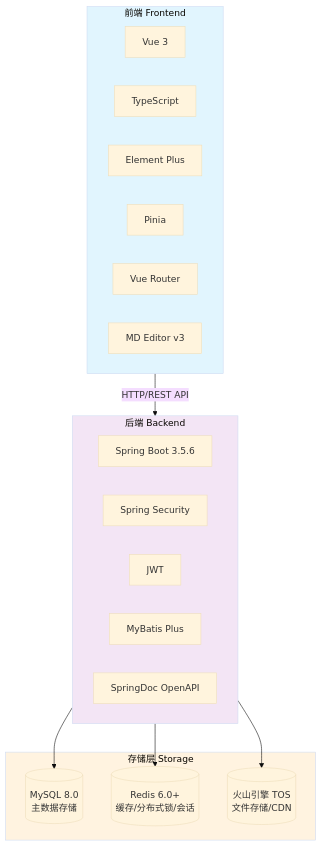
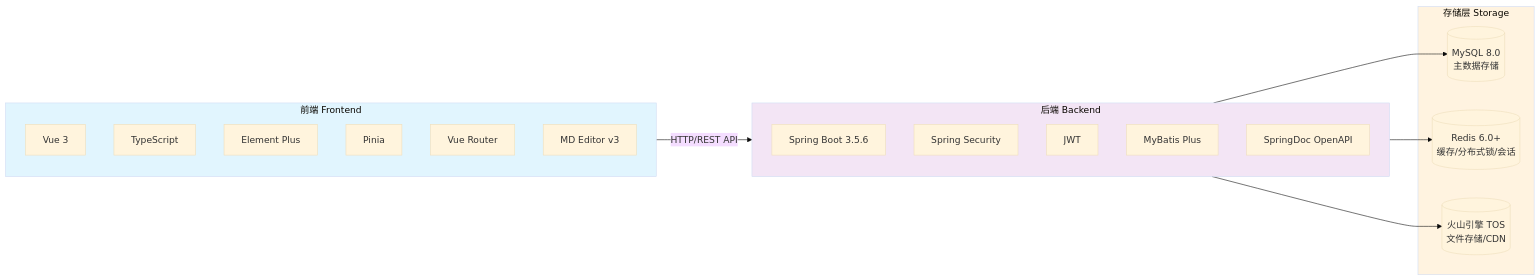
One commit to 4iKZ/blogs_workspace changed the first of 2 diagrams in README.md. Above: the diagram before and after it, drawn with Mermaid (base theme).

Commit message:
docs: optimize README architecture diagram - use horizontal layout
Change the Mermaid diagram in the technical architecture section
from vertical (TB) to horizontal (LR) layout for better readability
and reduced vertical space usage.

````diff
--- a/README.md
+++ b/README.md
@@ -103,34 +103,34 @@
 ```mermaid
-graph TB
+graph LR
     subgraph Frontend["前端 Frontend"]
         Vue[Vue 3]
         TS[TypeScript]
         Element[Element Plus]
         Pinia[Pinia]
         Router[Vue Router]
         MDEditor[MD Editor v3]
     end
 
     subgraph Backend["后端 Backend"]
         Spring[Spring Boot 3.5.6]
         Security[Spring Security]
         JWT[JWT]
         MyBatis[MyBatis Plus]
         OpenAPI[SpringDoc OpenAPI]
     end
 
     subgraph Storage["存储层 Storage"]
         MySQL[(MySQL 8.0<br/>主数据存储)]
         Redis[(Redis 6.0+<br/>缓存/分布式锁/会话)]
         TOS[(火山引擎 TOS<br/>文件存储/CDN)]
     end
 
     Frontend -->|HTTP/REST API| Backend
     Backend --> MySQL
     Backend --> Redis
     Backend --> TOS
 
     style Frontend fill:#e1f5fe
     style Backend fill:#f3e5f5
     style Storage fill:#fff3e0
 ```
````
